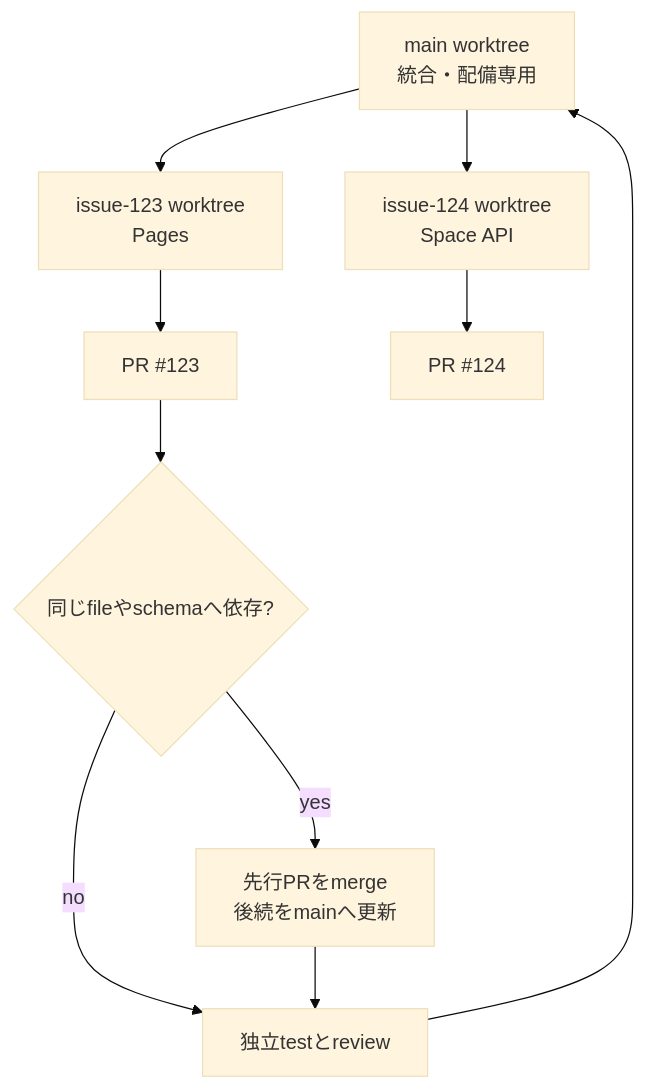
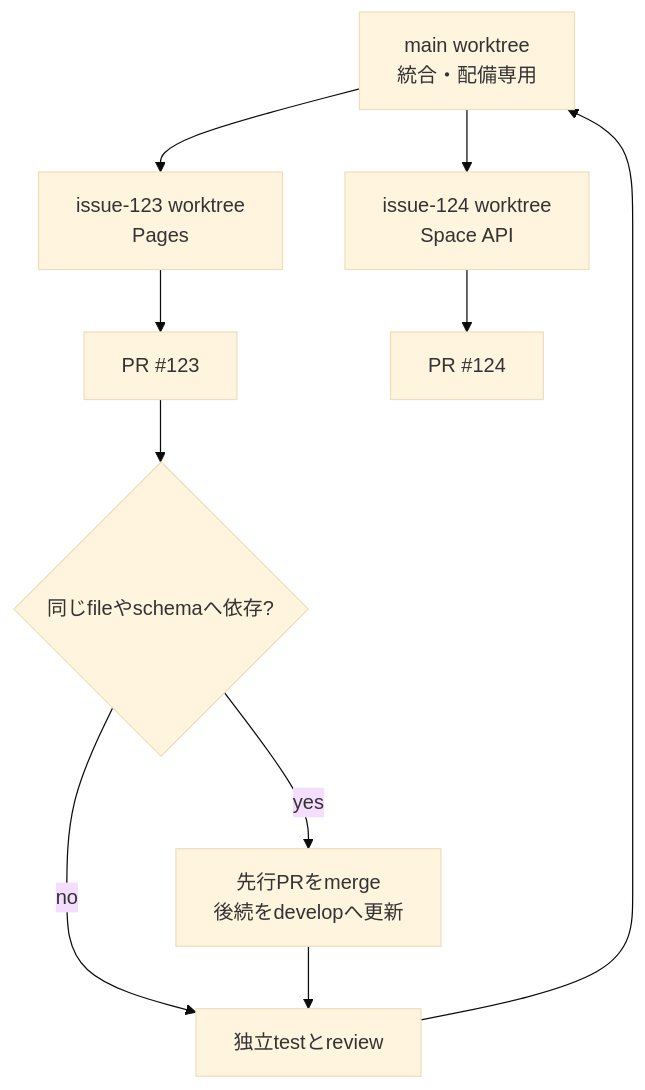
The second of 2 diagrams in docs/ja/guide/change-delivery.md (Sunwood-ai-labs/NyankoFace), drawn with Mermaid (base theme) before and after one commit. The commit also changed other lines of this file and 3 other files, not shown here.

First line of the commit message:
🔁 Align Git Flow instructions across agent guides

````diff
--- a/docs/ja/guide/change-delivery.md
+++ b/docs/ja/guide/change-delivery.md
@@ -135,13 +135,13 @@
 ```mermaid
 flowchart TD
     M[main worktree<br/>統合・配備専用]
     M --> A[issue-123 worktree<br/>Pages]
     M --> B[issue-124 worktree<br/>Space API]
     A --> PA[PR #123]
     B --> PB[PR #124]
     PA --> V{同じfileやschemaへ依存?}
-    V -->|yes| U[先行PRをmerge<br/>後続をmainへ更新]
+    V -->|yes| U[先行PRをmerge<br/>後続をdevelopへ更新]
     V -->|no| T[独立testとreview]
     U --> T
     T --> M
 ```
````
